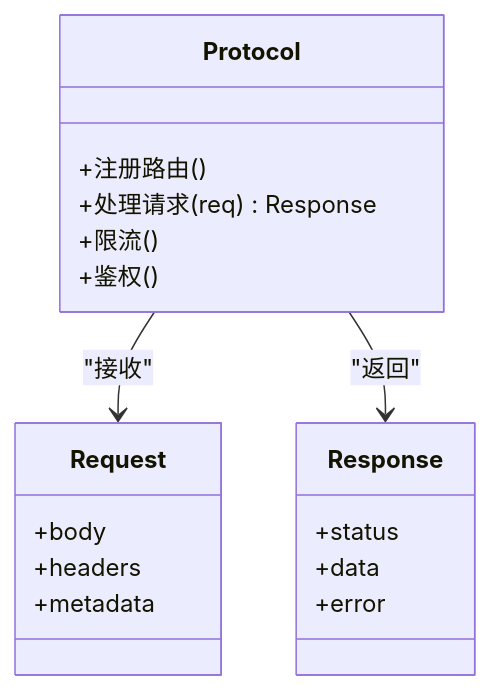
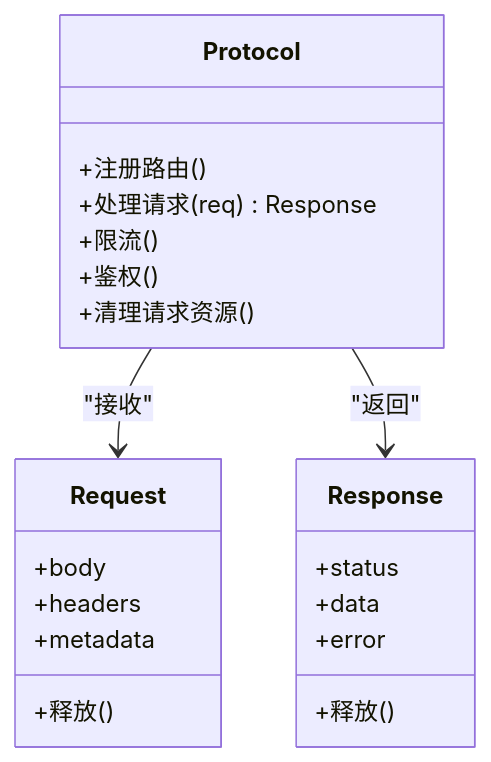
The eighth of 12 diagrams in .qoder/repowiki/zh/content/运行时系统/运行时核心.md (Ivandanslespace/thegreatnovel), drawn with Mermaid before and after one commit. The commit also changed other lines of this file and 64 other files, not shown here.

````diff
--- a/.qoder/repowiki/zh/content/运行时系统/运行时核心.md
+++ b/.qoder/repowiki/zh/content/运行时系统/运行时核心.md
@@ -344,21 +387,24 @@
 ```mermaid
 classDiagram
 class Protocol {
 +注册路由()
 +处理请求(req) Response
 +限流()
 +鉴权()
++清理请求资源()
 }
 class Request {
 +body
 +headers
 +metadata
++释放()
 }
 class Response {
 +status
 +data
 +error
++释放()
 }
 Protocol --> Request : "接收"
 Protocol --> Response : "返回"
 ```
````
